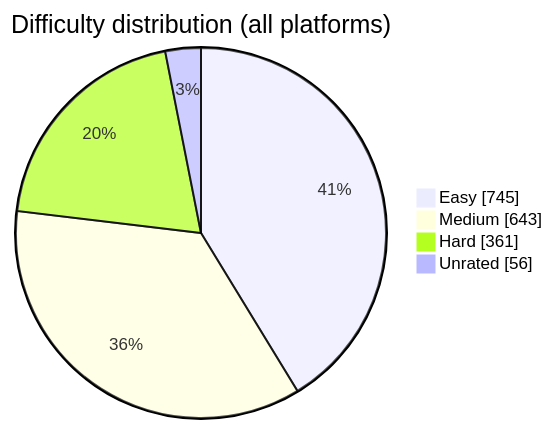
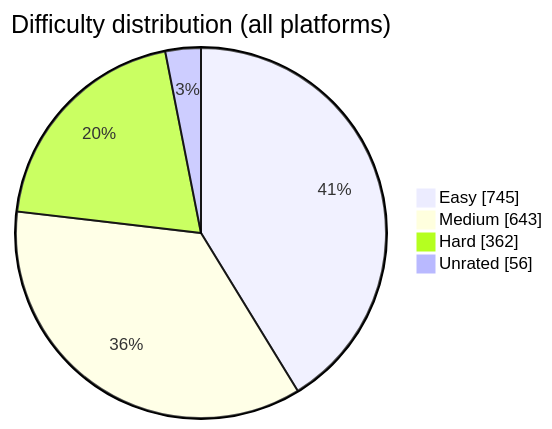
Before and after one commit to BuildbyArindam/Daily-Coding-Log: the diagram in README.md, drawn with Mermaid. The commit also changed other lines of this file, not shown here.

````diff
--- a/README.md
+++ b/README.md
@@ -108,7 +108,7 @@
 ```mermaid
 pie showData title Difficulty distribution (all platforms)
     "Easy" : 745
     "Medium" : 643
-    "Hard" : 361
+    "Hard" : 362
     "Unrated" : 56
 ```
````
